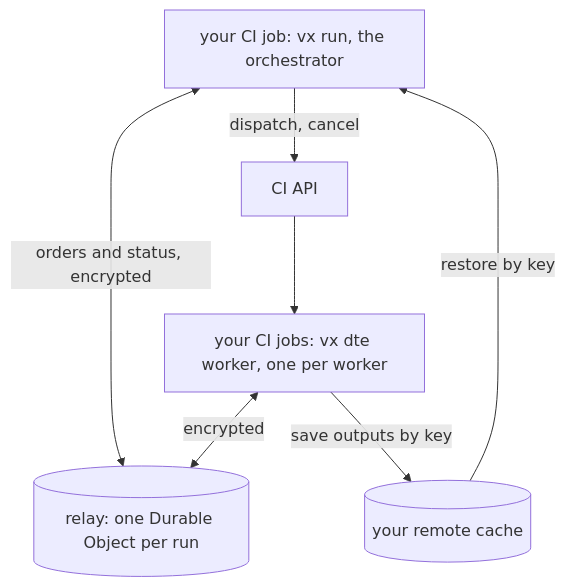
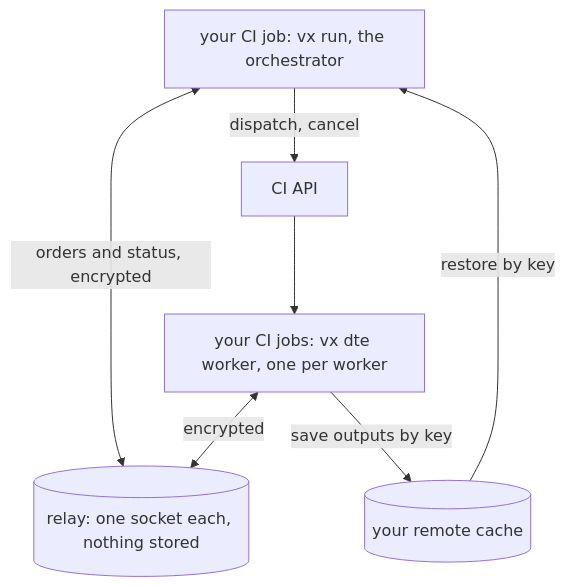
One commit to vznjs/vx changed the first of 4 diagrams in private/vx-docs/src/content/docs/blog/one-run-on-your-own-runners.md. Above: the diagram before and after it, drawn with Mermaid. The commit also changed other lines of this file and 4 other files, not shown here.

First line of the commit message:
docs(vx-docs): describe the relay that stores nothing

````diff
--- a/private/vx-docs/src/content/docs/blog/one-run-on-your-own-runners.md
+++ b/private/vx-docs/src/content/docs/blog/one-run-on-your-own-runners.md
@@ -63,14 +63,14 @@
 ```mermaid
 flowchart TB
   orch[your CI job: vx run, the orchestrator]
   api[CI API]
   workers[your CI jobs: vx dte worker, one per worker]
-  relay[(relay: one Durable Object per run)]
+  relay[(relay: one socket each, nothing stored)]
   cache[(your remote cache)]
   orch -->|dispatch, cancel| api
   api --> workers
   orch <-->|orders and status, encrypted| relay
   workers <-->|encrypted| relay
   workers -->|save outputs by key| cache
   cache -->|restore by key| orch
 ```
````
